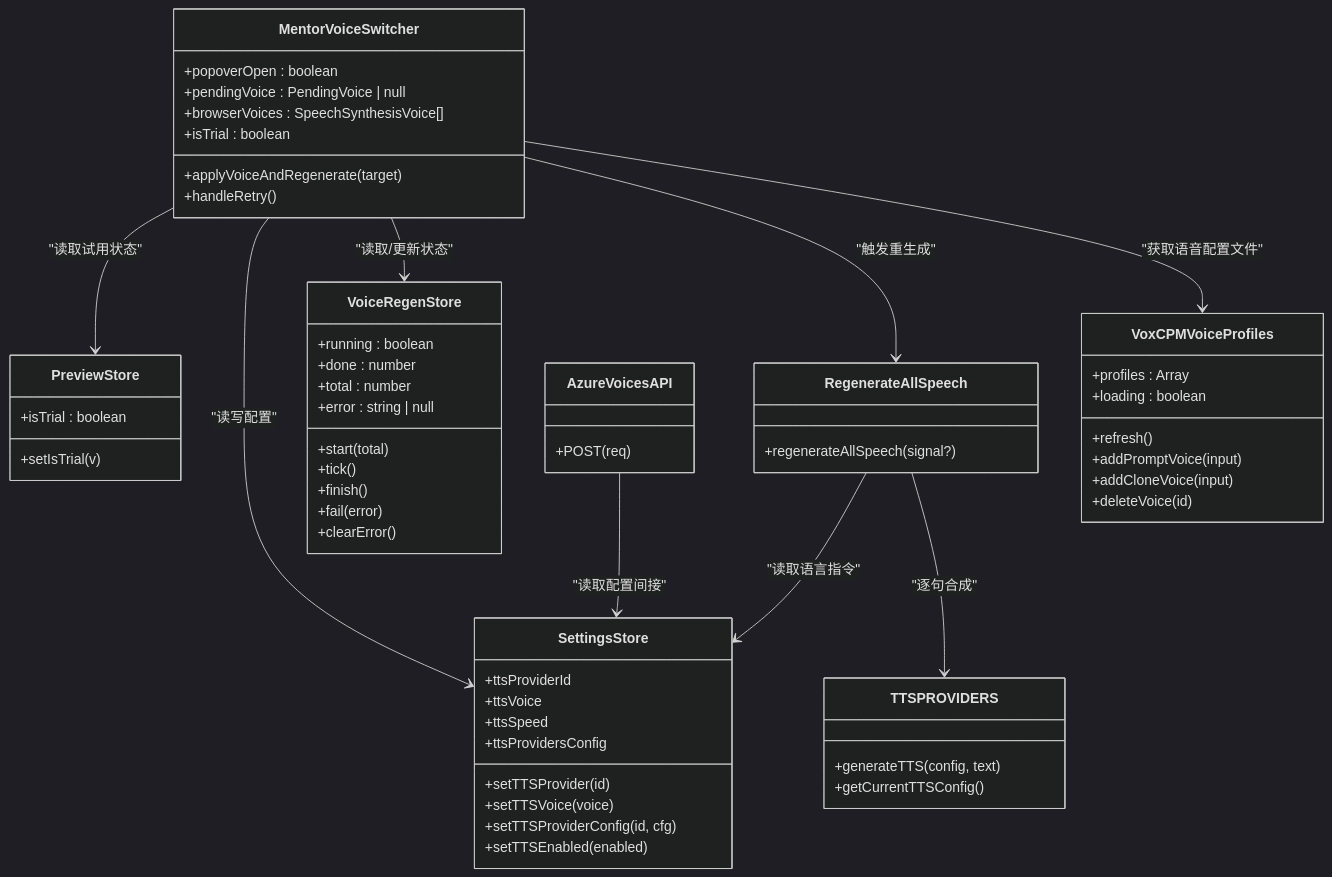
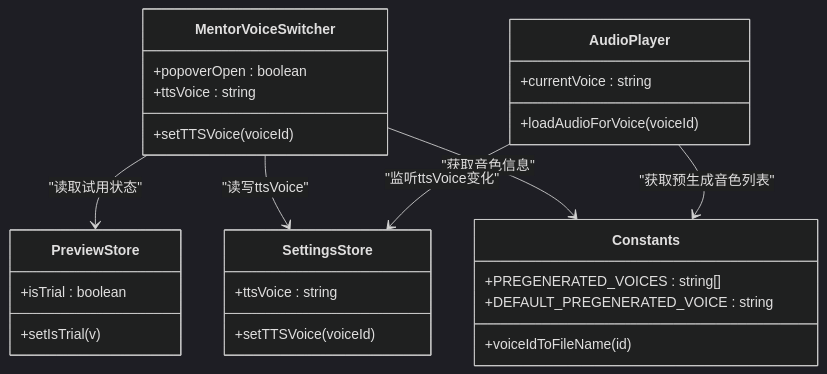
The third of 8 diagrams in .qoder/repowiki/zh/content/UI 组件系统/课堂播放组件/导师语音切换器组件.md (huangboheng/OpenMAIC), drawn with Mermaid (dark theme) before and after one commit. The commit also changed other lines of this file and 9 other files, not shown here.

````diff
--- a/.qoder/repowiki/zh/content/UI 组件系统/课堂播放组件/导师语音切换器组件.md
+++ b/.qoder/repowiki/zh/content/UI 组件系统/课堂播放组件/导师语音切换器组件.md
@@ -219,62 +153,30 @@
 ```mermaid
 classDiagram
 class MentorVoiceSwitcher {
 +popoverOpen : boolean
-+pendingVoice : PendingVoice | null
-+browserVoices : SpeechSynthesisVoice[]
-+isTrial : boolean
-+applyVoiceAndRegenerate(target)
-+handleRetry()
++ttsVoice : string
++setTTSVoice(voiceId)
 }
 class PreviewStore {
 +isTrial : boolean
 +setIsTrial(v)
 }
-class VoiceRegenStore {
-+running : boolean
-+done : number
-+total : number
-+error : string | null
-+start(total)
-+tick()
-+finish()
-+fail(error)
-+clearError()
+class SettingsStore {
++ttsVoice : string
++setTTSVoice(voiceId)
 }
-class SettingsStore {
-+ttsProviderId
-+ttsVoice
-+ttsSpeed
-+ttsProvidersConfig
-+setTTSProvider(id)
-+setTTSVoice(voice)
-+setTTSProviderConfig(id, cfg)
-+setTTSEnabled(enabled)
+class AudioPlayer {
++currentVoice : string
++loadAudioForVoice(voiceId)
 }
-class RegenerateAllSpeech {
-+regenerateAllSpeech(signal?)
-}
-class TTSPROVIDERS {
-+generateTTS(config, text)
-+getCurrentTTSConfig()
-}
-class AzureVoicesAPI {
-+POST(req)
-}
-class VoxCPMVoiceProfiles {
-+profiles : Array
-+loading : boolean
-+refresh()
-+addPromptVoice(input)
-+addCloneVoice(input)
-+deleteVoice(id)
+class Constants {
++PREGENERATED_VOICES : string[]
++DEFAULT_PREGENERATED_VOICE : string
++voiceIdToFileName(id)
 }
 MentorVoiceSwitcher --> PreviewStore : "读取试用状态"
-MentorVoiceSwitcher --> SettingsStore : "读写配置"
-MentorVoiceSwitcher --> VoiceRegenStore : "读取/更新状态"
-MentorVoiceSwitcher --> RegenerateAllSpeech : "触发重生成"
-MentorVoiceSwitcher --> VoxCPMVoiceProfiles : "获取语音配置文件"
-RegenerateAllSpeech --> SettingsStore : "读取语言指令"
-RegenerateAllSpeech --> TTSPROVIDERS : "逐句合成"
-AzureVoicesAPI --> SettingsStore : "读取配置间接"
+MentorVoiceSwitcher --> SettingsStore : "读写ttsVoice"
+MentorVoiceSwitcher --> Constants : "获取音色信息"
+AudioPlayer --> SettingsStore : "监听ttsVoice变化"
+AudioPlayer --> Constants : "获取预生成音色列表"
 ```
````
